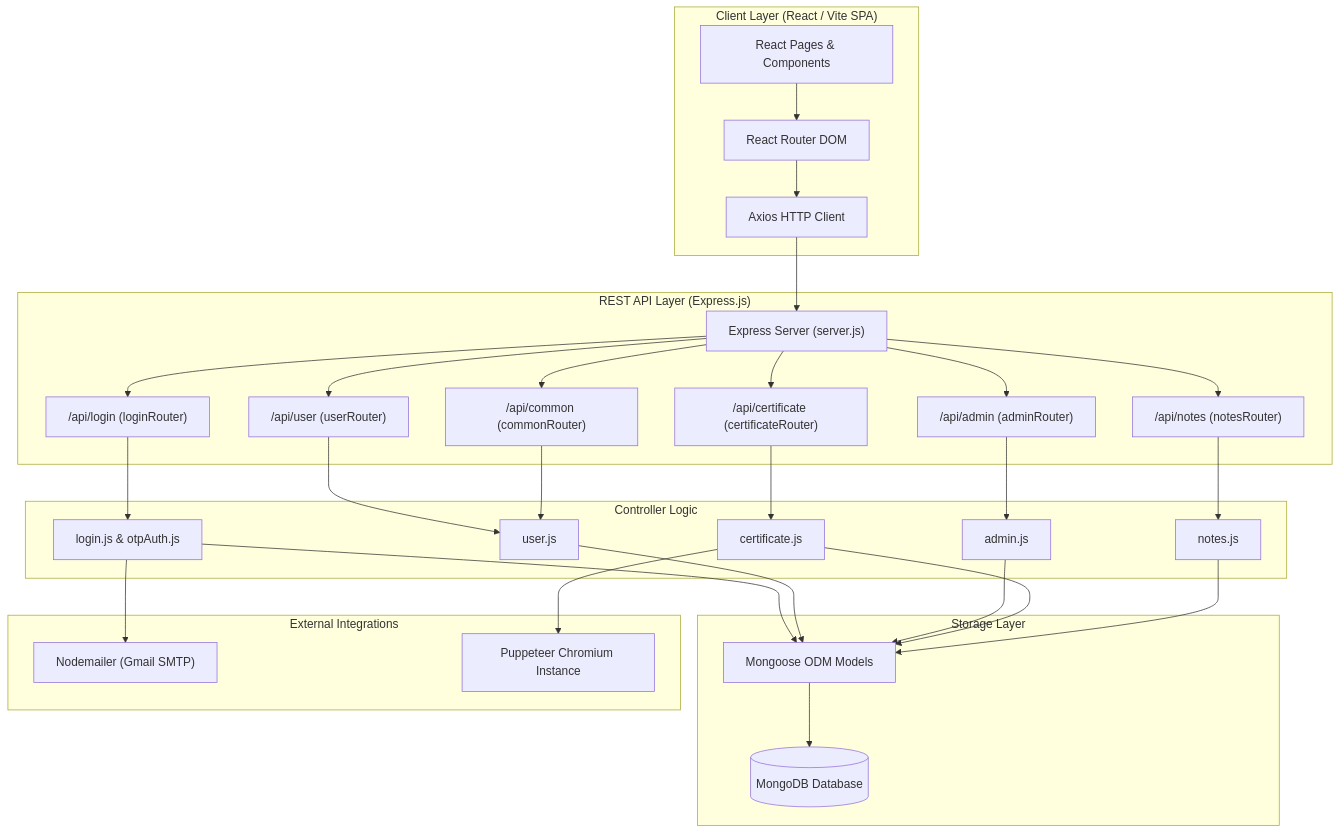
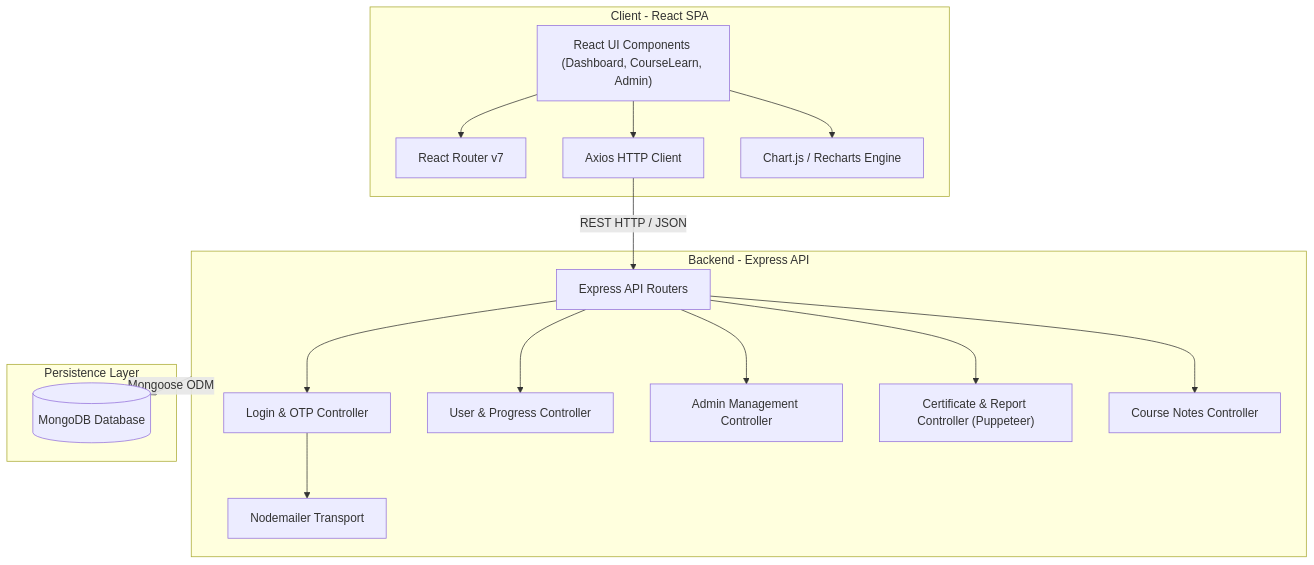
Before and after one commit to abdul8704/EduTrack: the first of 3 diagrams in architecture.md, drawn with Mermaid. The commit also changed other lines of this file, not shown here.

Commit message:
docs: add system architecture diagrams, database schema, and API documentation

````diff
--- a/architecture.md
+++ b/architecture.md
@@ -45,65 +46,36 @@
 ```mermaid
 flowchart TD
-    subgraph Client ["Client Layer (React / Vite SPA)"]
-        UI["React Pages & Components"]
-        Router["React Router DOM"]
-        AxiosClient["Axios HTTP Client"]
+    subgraph Client [Client - React SPA]
+        UI["React UI Components (Dashboard, CourseLearn, Admin)"]
+        Router["React Router v7"]
+        Axios["Axios HTTP Client"]
+        Charts["Chart.js / Recharts Engine"]
+        UI --> Router
+        UI --> Charts
+        UI --> Axios
     end
 
-    subgraph API ["REST API Layer (Express.js)"]
-        Server["Express Server (server.js)"]
-        LoginRouter["/api/login (loginRouter)"]
-        UserRouter["/api/user (userRouter)"]
-        AdminRouter["/api/admin (adminRouter)"]
-        CertRouter["/api/certificate (certificateRouter)"]
-        NotesRouter["/api/notes (notesRouter)"]
-        CommonRouter["/api/common (commonRouter)"]
+    subgraph Server [Backend - Express API]
+        APIRouter["Express API Routers"]
+        LoginCtrl["Login & OTP Controller"]
+        UserCtrl["User & Progress Controller"]
+        AdminCtrl["Admin Management Controller"]
+        CertCtrl["Certificate & Report Controller (Puppeteer)"]
+        NotesCtrl["Course Notes Controller"]
+        Mailer["Nodemailer Transport"]
+
+        APIRouter --> LoginCtrl
+        APIRouter --> UserCtrl
+        APIRouter --> AdminCtrl
+        APIRouter --> CertCtrl
+        APIRouter --> NotesCtrl
+        LoginCtrl --> Mailer
     end
 
-    subgraph Controllers ["Controller Logic"]
-        LoginCtrl["login.js & otpAuth.js"]
-        UserCtrl["user.js"]
-        AdminCtrl["admin.js"]
-        CertCtrl["certificate.js"]
-        NotesCtrl["notes.js"]
-    end
-
-    subgraph Database ["Storage Layer"]
-        MongooseModels["Mongoose ODM Models"]
+    subgraph Database [Persistence Layer]
         MongoDB[("MongoDB Database")]
     end
 
-    subgraph External ["External Integrations"]
-        SMTP["Nodemailer (Gmail SMTP)"]
-        Chrome["Puppeteer Chromium Instance"]
-    end
-
-    UI --> Router
-    Router --> AxiosClient
-    AxiosClient --> Server
-
-    Server --> LoginRouter
-    Server --> UserRouter
-    Server --> AdminRouter
-    Server --> CertRouter
-    Server --> NotesRouter
-    Server --> CommonRouter
-
-    LoginRouter --> LoginCtrl
-    UserRouter --> UserCtrl
-    AdminRouter --> AdminCtrl
-    CertRouter --> CertCtrl
-    NotesRouter --> NotesCtrl
-    CommonRouter --> UserCtrl
-
-    LoginCtrl --> MongooseModels
-    UserCtrl --> MongooseModels
-    AdminCtrl --> MongooseModels
-    CertCtrl --> MongooseModels
-    NotesCtrl --> MongooseModels
-
-    MongooseModels --> MongoDB
-
-    LoginCtrl --> SMTP
-    CertCtrl --> Chrome
+    Axios -->|"REST HTTP / JSON"| APIRouter
+    Server -->|"Mongoose ODM"| MongoDB
 ```
````
